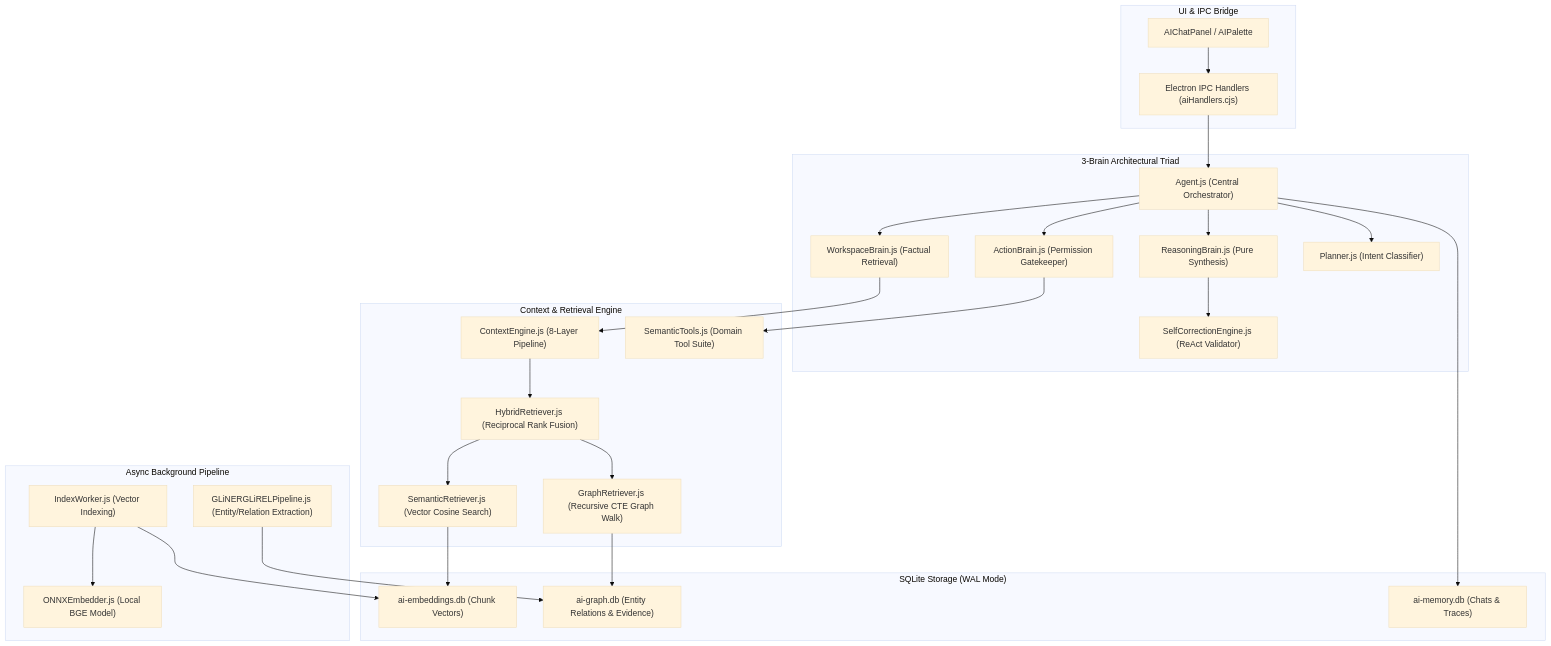
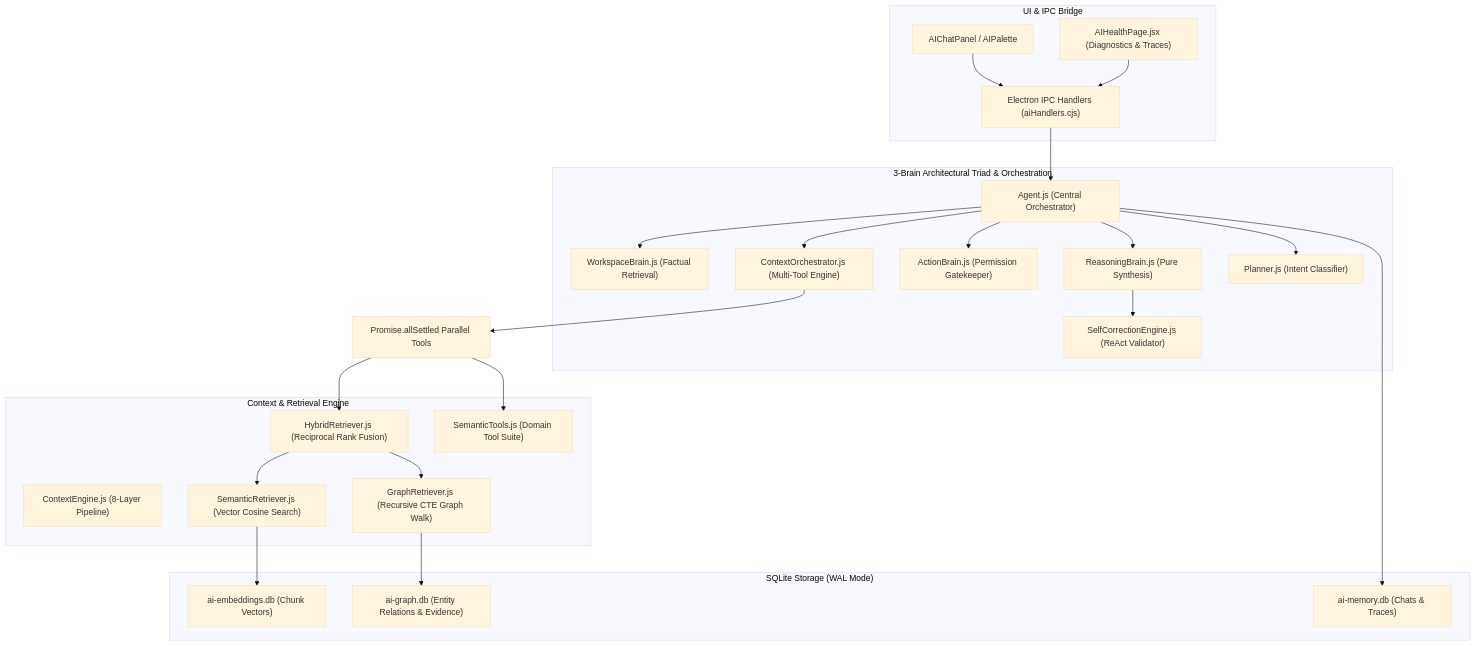
Before and after one commit to WGLabz/Notely: the diagram in ai/README.md, drawn with Mermaid (base theme). The commit also changed other lines of this file and 9 other files, not shown here.

````diff
--- a/ai/README.md
+++ b/ai/README.md
@@ -21,54 +22,47 @@
 ```mermaid
 graph TD
   %% Frontend & IPC
   subgraph Client ["UI & IPC Bridge"]
     UI["AIChatPanel / AIPalette"]
+    Diagnostics["AIHealthPage.jsx (Diagnostics & Traces)"]
     IPC["Electron IPC Handlers (aiHandlers.cjs)"]
   end
 
   %% 3-Brain Core
-  subgraph Core ["3-Brain Architectural Triad"]
+  subgraph Core ["3-Brain Architectural Triad & Orchestration"]
     Agent["Agent.js (Central Orchestrator)"]
     WorkspaceBrain["WorkspaceBrain.js (Factual Retrieval)"]
     ReasoningBrain["ReasoningBrain.js (Pure Synthesis)"]
     ActionBrain["ActionBrain.js (Permission Gatekeeper)"]
+    ContextOrchestrator["ContextOrchestrator.js (Multi-Tool Engine)"]
     Planner["Planner.js (Intent Classifier)"]
     SelfCorrectionEngine["SelfCorrectionEngine.js (ReAct Validator)"]
   end
 
   %% Retrieval & Tools
   subgraph Retrieval ["Context & Retrieval Engine"]
     ContextEngine["ContextEngine.js (8-Layer Pipeline)"]
     HybridRetriever["HybridRetriever.js (Reciprocal Rank Fusion)"]
     SemanticRetriever["SemanticRetriever.js (Vector Cosine Search)"]
     GraphRetriever["GraphRetriever.js (Recursive CTE Graph Walk)"]
     SemanticTools["SemanticTools.js (Domain Tool Suite)"]
   end
 
   %% Storage
   subgraph Storage ["SQLite Storage (WAL Mode)"]
     EmbedDB["ai-embeddings.db (Chunk Vectors)"]
     GraphDB["ai-graph.db (Entity Relations & Evidence)"]
     MemoryDB["ai-memory.db (Chats & Traces)"]
   end
 
-  %% Background Workers
-  subgraph Workers ["Async Background Pipeline"]
-    IndexWorker["IndexWorker.js (Vector Indexing)"]
-    ONNXEmbedder["ONNXEmbedder.js (Local BGE Model)"]
-    GLiNERGLiRELPipeline["GLiNERGLiRELPipeline.js (Entity/Relation Extraction)"]
-  end
-
   %% Data Flow
-  UI --> IPC --> Agent
-  Agent --> WorkspaceBrain & ReasoningBrain & ActionBrain & Planner
-  WorkspaceBrain --> ContextEngine --> HybridRetriever
+  UI & Diagnostics --> IPC --> Agent
+  Agent --> ContextOrchestrator & WorkspaceBrain & ReasoningBrain & ActionBrain & Planner
+  ContextOrchestrator --> ParallelRetrieval["Promise.allSettled Parallel Tools"]
+  ParallelRetrieval --> SemanticTools & HybridRetriever
   HybridRetriever --> SemanticRetriever & GraphRetriever
   SemanticRetriever --> EmbedDB
   GraphRetriever --> GraphDB
   Agent --> MemoryDB
   ReasoningBrain --> SelfCorrectionEngine
-  ActionBrain --> SemanticTools
-  IndexWorker --> EmbedDB & ONNXEmbedder
-  GLiNERGLiRELPipeline --> GraphDB
 ```
````
